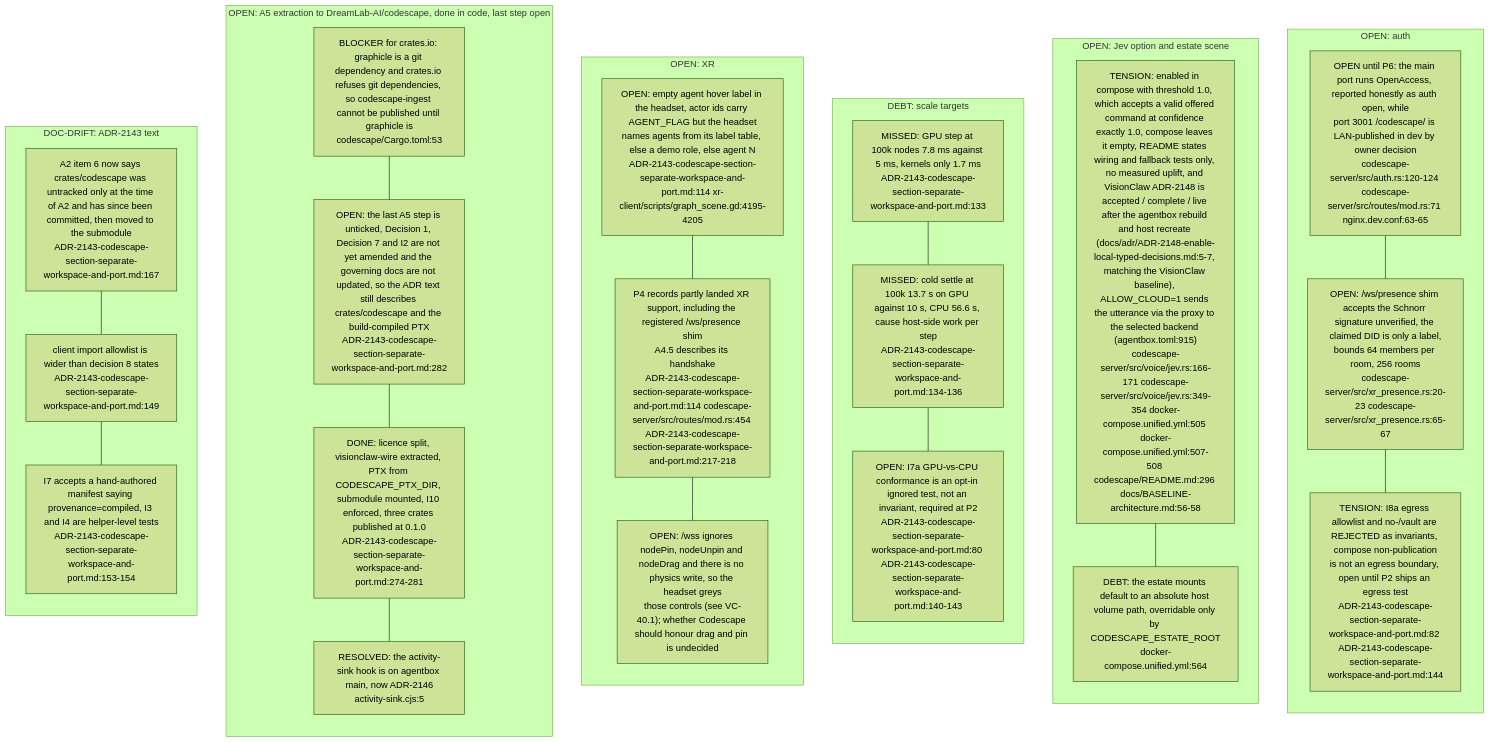
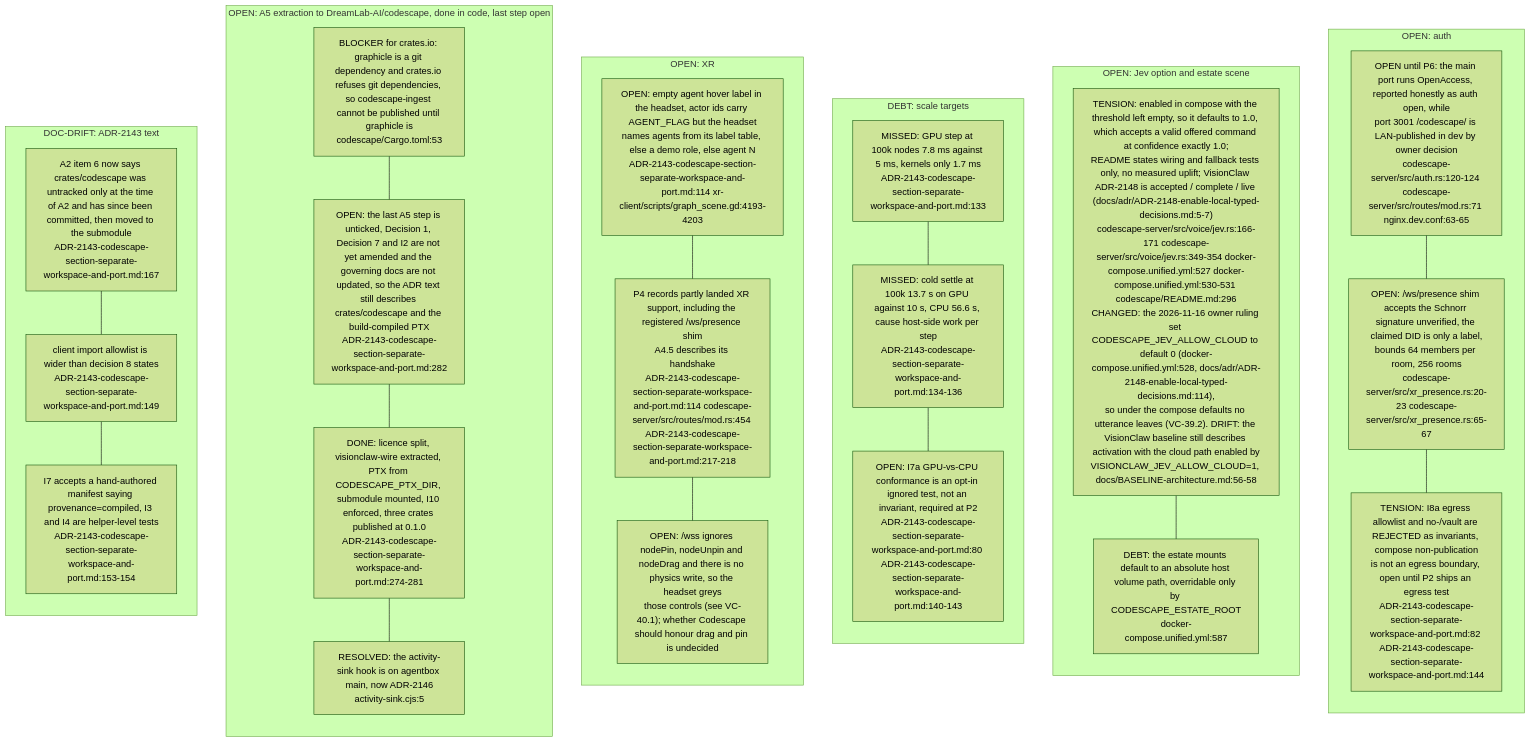
Before and after one commit to DreamLab-AI/VisionFlow: the seventh of 8 diagrams in docs/diagrams/visionclaw/39-codescape.md, drawn with Mermaid (forest theme). The commit also changed other lines of this file and 7 other files, not shown here.

First line of the commit message:
diagrams(visionclaw): re-verify VC-34 to VC-40 and VC-42 at visionclaw 4900ec6, agentbox 59b1aca

````diff
--- a/docs/diagrams/visionclaw/39-codescape.md
+++ b/docs/diagrams/visionclaw/39-codescape.md
@@ -353,45 +353,45 @@
 ```mermaid
 flowchart TB
     subgraph SEC["OPEN: auth"]
         direction TB
         R1["OPEN until P6: the main port runs OpenAccess, reported honestly as auth open, while<br/>port 3001 /codescape/ is LAN-published in dev by owner decision<br/>codescape-server/src/auth.rs:120-124 codescape-server/src/routes/mod.rs:71 nginx.dev.conf:63-65"]
         R2["OPEN: /ws/presence shim accepts the Schnorr signature unverified, the claimed DID is only a label,<br/>bounds 64 members per room, 256 rooms<br/>codescape-server/src/xr_presence.rs:20-23 codescape-server/src/xr_presence.rs:65-67"]
         R3["TENSION: I8a egress allowlist and no-/vault are REJECTED as invariants, compose non-publication<br/>is not an egress boundary, open until P2 ships an egress test<br/>ADR-2143-codescape-section-separate-workspace-and-port.md:82 ADR-2143-codescape-section-separate-workspace-and-port.md:144"]
         R1 --- R2 --- R3
     end
     subgraph JEVG["OPEN: Jev option and estate scene"]
         direction TB
-        J1["TENSION: enabled in compose with threshold 1.0, which accepts a valid offered command at confidence exactly 1.0, compose leaves it empty, README states wiring and fallback tests only, no measured uplift, and VisionClaw ADR-2148 is accepted / complete / live after the agentbox rebuild and host recreate (docs/adr/ADR-2148-enable-local-typed-decisions.md:5-7, matching the VisionClaw baseline), ALLOW_CLOUD=1 sends the utterance via the proxy to the selected backend (agentbox.toml:915)<br/>codescape-server/src/voice/jev.rs:166-171 codescape-server/src/voice/jev.rs:349-354 docker-compose.unified.yml:505 docker-compose.unified.yml:507-508 codescape/README.md:296 docs/BASELINE-architecture.md:56-58"]
-        J2["DEBT: the estate mounts default to an absolute host volume path, overridable only by CODESCAPE_ESTATE_ROOT<br/>docker-compose.unified.yml:564"]
+        J1["TENSION: enabled in compose with the threshold left empty, so it defaults to 1.0, which accepts a valid offered command at confidence exactly 1.0;<br/>README states wiring and fallback tests only, no measured uplift; VisionClaw ADR-2148 is accepted / complete / live (docs/adr/ADR-2148-enable-local-typed-decisions.md:5-7)<br/>codescape-server/src/voice/jev.rs:166-171 codescape-server/src/voice/jev.rs:349-354 docker-compose.unified.yml:527 docker-compose.unified.yml:530-531 codescape/README.md:296<br/>CHANGED: the 2026-11-16 owner ruling set CODESCAPE_JEV_ALLOW_CLOUD to default 0 (docker-compose.unified.yml:528, docs/adr/ADR-2148-enable-local-typed-decisions.md:114),<br/>so under the compose defaults no utterance leaves (VC-39.2). DRIFT: the VisionClaw baseline still describes activation with the cloud path enabled by<br/>VISIONCLAW_JEV_ALLOW_CLOUD=1, docs/BASELINE-architecture.md:56-58"]
+        J2["DEBT: the estate mounts default to an absolute host volume path, overridable only by CODESCAPE_ESTATE_ROOT<br/>docker-compose.unified.yml:587"]
         J1 --- J2
     end
     subgraph PERF["DEBT: scale targets"]
         direction TB
         P1["MISSED: GPU step at 100k nodes 7.8 ms against 5 ms, kernels only 1.7 ms<br/>ADR-2143-codescape-section-separate-workspace-and-port.md:133"]
         P2["MISSED: cold settle at 100k 13.7 s on GPU against 10 s, CPU 56.6 s, cause host-side work per step<br/>ADR-2143-codescape-section-separate-workspace-and-port.md:134-136"]
         P3["OPEN: I7a GPU-vs-CPU conformance is an opt-in ignored test, not an invariant, required at P2<br/>ADR-2143-codescape-section-separate-workspace-and-port.md:80 ADR-2143-codescape-section-separate-workspace-and-port.md:140-143"]
         P1 --- P2 --- P3
     end
     subgraph XRG["OPEN: XR"]
         direction TB
-        X1["OPEN: empty agent hover label in the headset, actor ids carry AGENT_FLAG but the headset<br/>names agents from its label table, else a demo role, else agent N<br/>ADR-2143-codescape-section-separate-workspace-and-port.md:114 xr-client/scripts/graph_scene.gd:4195-4205"]
+        X1["OPEN: empty agent hover label in the headset, actor ids carry AGENT_FLAG but the headset<br/>names agents from its label table, else a demo role, else agent N<br/>ADR-2143-codescape-section-separate-workspace-and-port.md:114 xr-client/scripts/graph_scene.gd:4193-4203"]
         X2["P4 records partly landed XR support, including the registered /ws/presence shim<br/>A4.5 describes its handshake<br/>ADR-2143-codescape-section-separate-workspace-and-port.md:114 codescape-server/src/routes/mod.rs:454 ADR-2143-codescape-section-separate-workspace-and-port.md:217-218"]
         X3["OPEN: /wss ignores nodePin, nodeUnpin and nodeDrag and there is no physics write, so the headset greys<br/>those controls (see VC-40.1); whether Codescape should honour drag and pin is undecided"]
         X1 --- X2 --- X3
     end
     subgraph EXT["OPEN: A5 extraction to DreamLab-AI/codescape, done in code, last step open"]
         direction TB
         E1["BLOCKER for crates.io: graphicle is a git dependency and crates.io refuses git dependencies, so codescape-ingest cannot be published until graphicle is<br/>codescape/Cargo.toml:53"]
         E2["OPEN: the last A5 step is unticked, Decision 1, Decision 7 and I2 are not yet amended and the governing docs are not updated, so the ADR text still describes crates/codescape and the build-compiled PTX<br/>ADR-2143-codescape-section-separate-workspace-and-port.md:282"]
         E3["DONE: licence split, visionclaw-wire extracted, PTX from CODESCAPE_PTX_DIR, submodule mounted, I10 enforced, three crates published at 0.1.0<br/>ADR-2143-codescape-section-separate-workspace-and-port.md:274-281"]
         E4["RESOLVED: the activity-sink hook is on agentbox main, now ADR-2146<br/>activity-sink.cjs:5"]
         E1 --- E2 --- E3 --- E4
     end
     subgraph DR["DOC-DRIFT: ADR-2143 text"]
         direction TB
         D1["A2 item 6 now says crates/codescape was untracked only at the time of A2 and has since been committed, then moved to the submodule<br/>ADR-2143-codescape-section-separate-workspace-and-port.md:167"]
         D2["client import allowlist is wider than decision 8 states<br/>ADR-2143-codescape-section-separate-workspace-and-port.md:149"]
         D3["I7 accepts a hand-authored manifest saying provenance=compiled, I3 and I4 are helper-level tests<br/>ADR-2143-codescape-section-separate-workspace-and-port.md:153-154"]
         D1 --- D2 --- D3
     end
 ```
````
